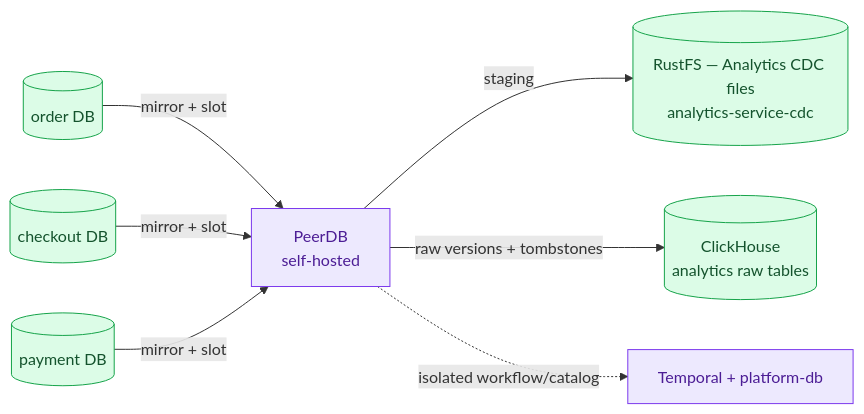
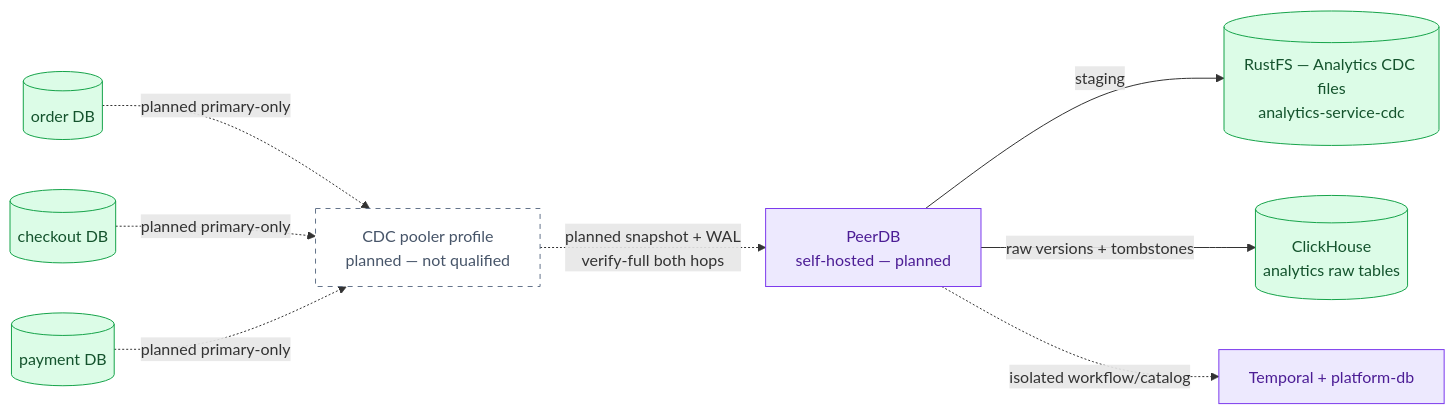
One commit to duynhlab/homelab changed the diagram in docs/proposals/adr/ADR-066-adopt-peerdb-for-commerce-cdc/README.md. Above: the diagram before and after it, drawn with Mermaid. The commit also changed other lines of this file and 4 other files, not shown here.

````diff
--- a/docs/proposals/adr/ADR-066-adopt-peerdb-for-commerce-cdc/README.md
+++ b/docs/proposals/adr/ADR-066-adopt-peerdb-for-commerce-cdc/README.md
@@ -93,14 +96,17 @@
 ```mermaid
 flowchart LR
-    O[("order DB")] -->|"mirror + slot"| P["PeerDB<br/>self-hosted"]
-    C[("checkout DB")] -->|"mirror + slot"| P
-    M[("payment DB")] -->|"mirror + slot"| P
+    O[("order DB")] -.->|"planned primary-only"| CP["CDC pooler profile<br/>planned — not qualified"]
+    C[("checkout DB")] -.->|"planned primary-only"| CP
+    M[("payment DB")] -.->|"planned primary-only"| CP
+    CP -.->|"planned snapshot + WAL<br/>verify-full both hops"| P["PeerDB<br/>self-hosted — planned"]
     P -->|"staging"| R[("RustFS — Analytics CDC files<br/>analytics-service-cdc")]
     P -->|"raw versions + tombstones"| CH[("ClickHouse<br/>analytics raw tables")]
     P -.->|"isolated workflow/catalog"| D["Temporal + platform-db"]
 
+    classDef planned fill:#fff,color:#475569,stroke:#64748b,stroke-dasharray:5 5;
+    class CP planned;
     classDef platform fill:#ede9fe,color:#4c1d95,stroke:#7c3aed;
     classDef data fill:#dcfce7,color:#14532d,stroke:#16a34a;
     class O,C,M,R,CH data;
     class P,D platform;
 ```
````
